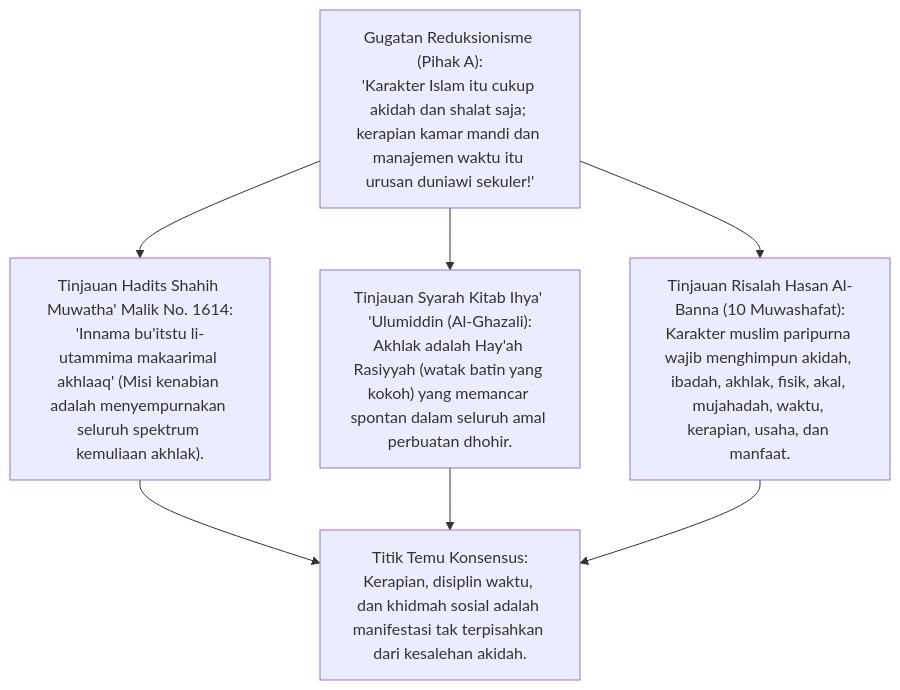
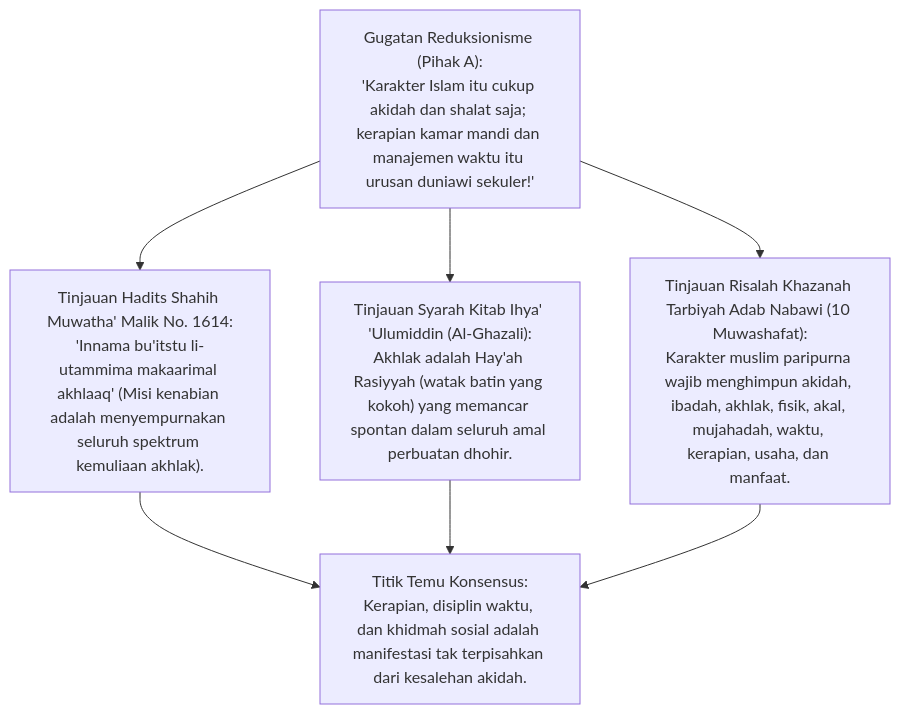
The second of 5 diagrams in 03 Capacity Framework/02 Character Architecture/P3-02-01-Taksonomi-3-Pilar-Utama-Karakter.md (wandiapriliyandi/tumbuh), drawn with Mermaid before and after one commit. The commit also changed other lines of this file and 11 other files, not shown here.

Commit message:
refactor: eliminasi seluruh atribusi nama Hasan al-Banna dan pembakuan taksonomi karakter berbasis Turats Islam & Adab Nabawi

````diff
--- a/03 Capacity Framework/02 Character Architecture/P3-02-01-Taksonomi-3-Pilar-Utama-Karakter.md
+++ b/03 Capacity Framework/02 Character Architecture/P3-02-01-Taksonomi-3-Pilar-Utama-Karakter.md
@@ -74,8 +74,8 @@
 ```mermaid
 graph TD
     A["Gugatan Reduksionisme (Pihak A):<br/>'Karakter Islam itu cukup akidah dan shalat saja; kerapian kamar mandi dan manajemen waktu itu urusan duniawi sekuler!'"]
     --> B1["Tinjauan Hadits Shahih Muwatha' Malik No. 1614:<br/>'Innama bu'itstu li-utammima makaarimal akhlaaq' (Misi kenabian adalah menyempurnakan seluruh spektrum kemuliaan akhlak)."]
     A --> B2["Tinjauan Syarah Kitab Ihya' 'Ulumiddin (Al-Ghazali):<br/>Akhlak adalah Hay'ah Rasiyyah (watak batin yang kokoh) yang memancar spontan dalam seluruh amal perbuatan dhohir."]
-    A --> B3["Tinjauan Risalah Hasan Al-Banna (10 Muwashafat):<br/>Karakter muslim paripurna wajib menghimpun akidah, ibadah, akhlak, fisik, akal, mujahadah, waktu, kerapian, usaha, dan manfaat."]
+    A --> B3["Tinjauan Risalah Khazanah Tarbiyah Adab Nabawi (10 Muwashafat):<br/>Karakter muslim paripurna wajib menghimpun akidah, ibadah, akhlak, fisik, akal, mujahadah, waktu, kerapian, usaha, dan manfaat."]
     B1 & B2 & B3 --> C["Titik Temu Konsensus:<br/>Kerapian, disiplin waktu, dan khidmah sosial adalah manifestasi tak terpisahkan dari kesalehan akidah."]
 ```
````
